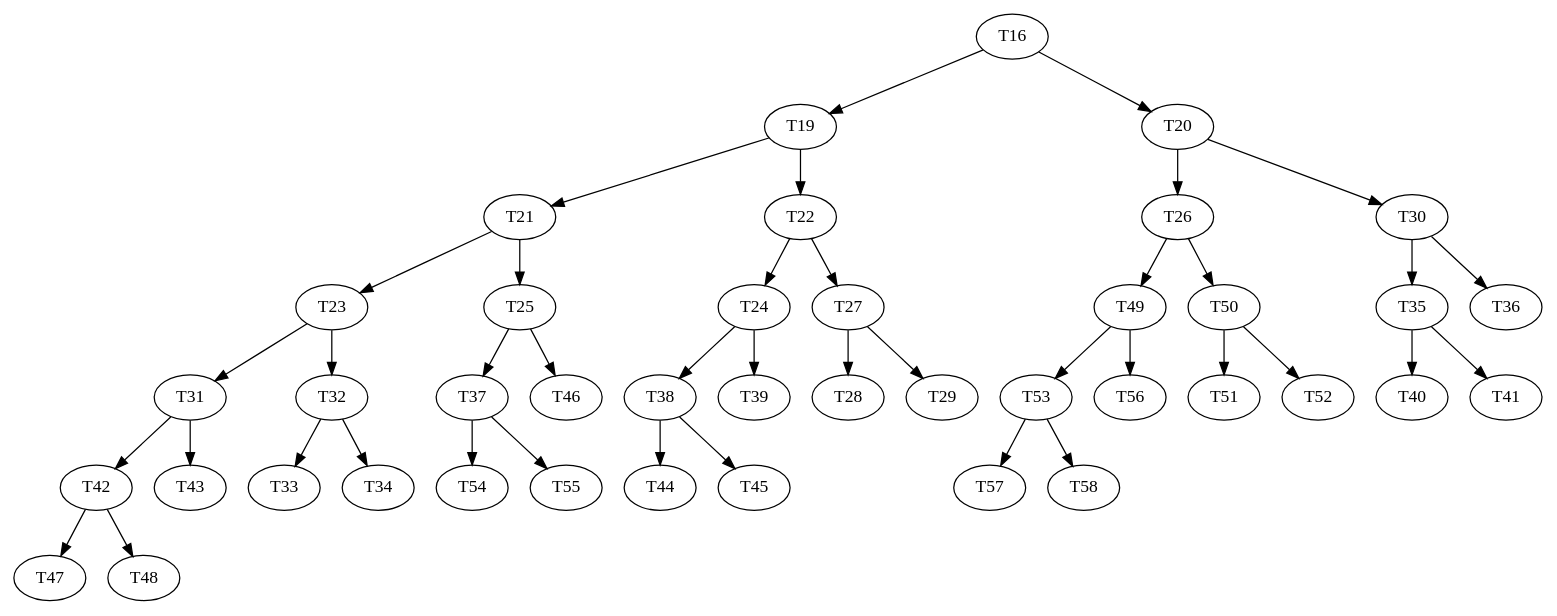
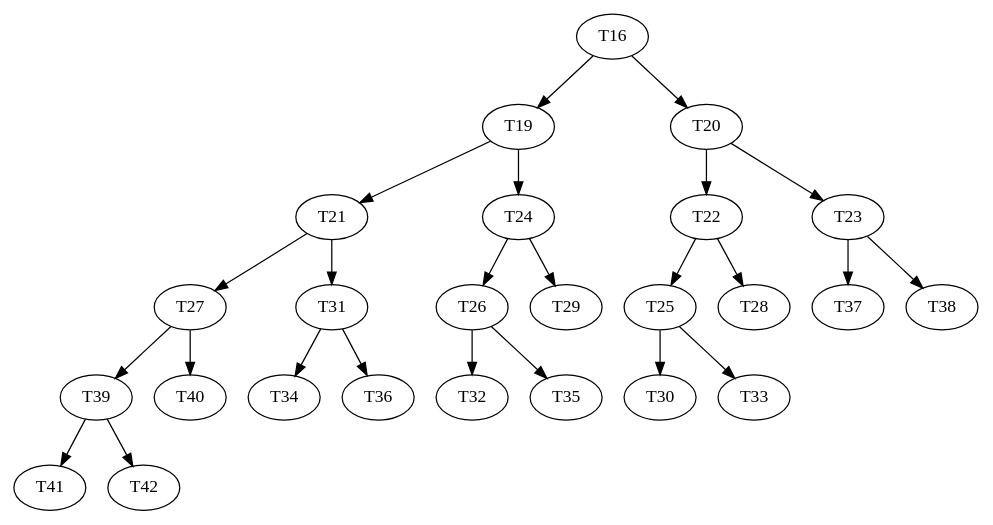
The diagram in Python/taskSpawn.dot (shayanmukhtar/HelloWorld), drawn with Graphviz before and after one commit. The commit also changed 8 other files, not shown here.

```diff
--- a/Python/taskSpawn.dot
+++ b/Python/taskSpawn.dot
@@ -1,44 +1,28 @@
 //task spawn graph
 digraph taskSpawn {
 	T16 -> T19;
 	T16 -> T20;
 	T19 -> T21;
-	T19 -> T22;
-	T21 -> T23;
-	T22 -> T24;
-	T21 -> T25;
-	T20 -> T26;
-	T22 -> T27;
-	T27 -> T28;
-	T27 -> T29;
-	T20 -> T30;
-	T23 -> T31;
-	T23 -> T32;
-	T32 -> T33;
-	T32 -> T34;
-	T30 -> T35;
-	T30 -> T36;
-	T24 -> T38;
-	T25 -> T37;
-	T24 -> T39;
-	T35 -> T40;
-	T35 -> T41;
-	T31 -> T42;
-	T31 -> T43;
-	T38 -> T44;
-	T38 -> T45;
-	T25 -> T46;
-	T42 -> T47;
-	T26 -> T49;
-	T26 -> T50;
-	T50 -> T51;
-	T50 -> T52;
-	T42 -> T48;
-	T49 -> T53;
-	T37 -> T54;
-	T49 -> T56;
-	T53 -> T57;
-	T53 -> T58;
-	T37 -> T55;
+	T20 -> T22;
+	T20 -> T23;
+	T19 -> T24;
+	T22 -> T25;
+	T24 -> T26;
+	T22 -> T28;
+	T24 -> T29;
+	T21 -> T27;
+	T25 -> T30;
+	T21 -> T31;
+	T26 -> T32;
+	T31 -> T34;
+	T31 -> T36;
+	T26 -> T35;
+	T25 -> T33;
+	T23 -> T37;
+	T23 -> T38;
+	T27 -> T39;
+	T27 -> T40;
+	T39 -> T41;
+	T39 -> T42;
 
 }
```
